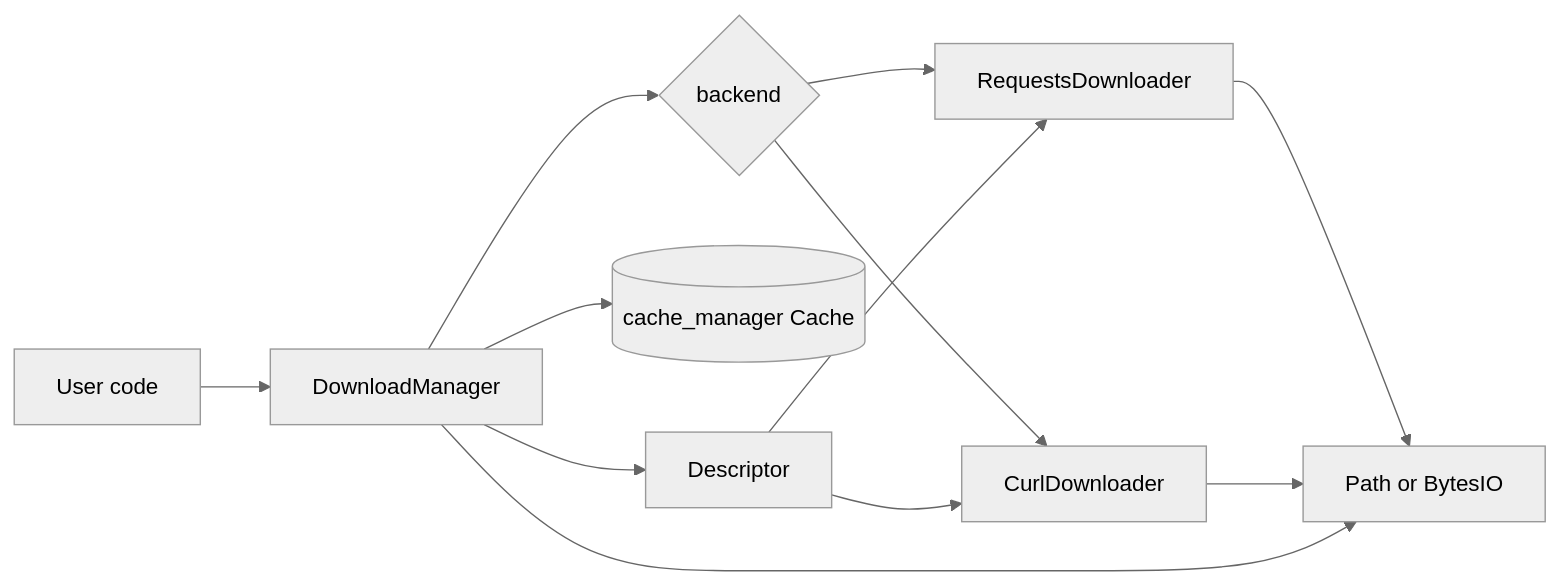
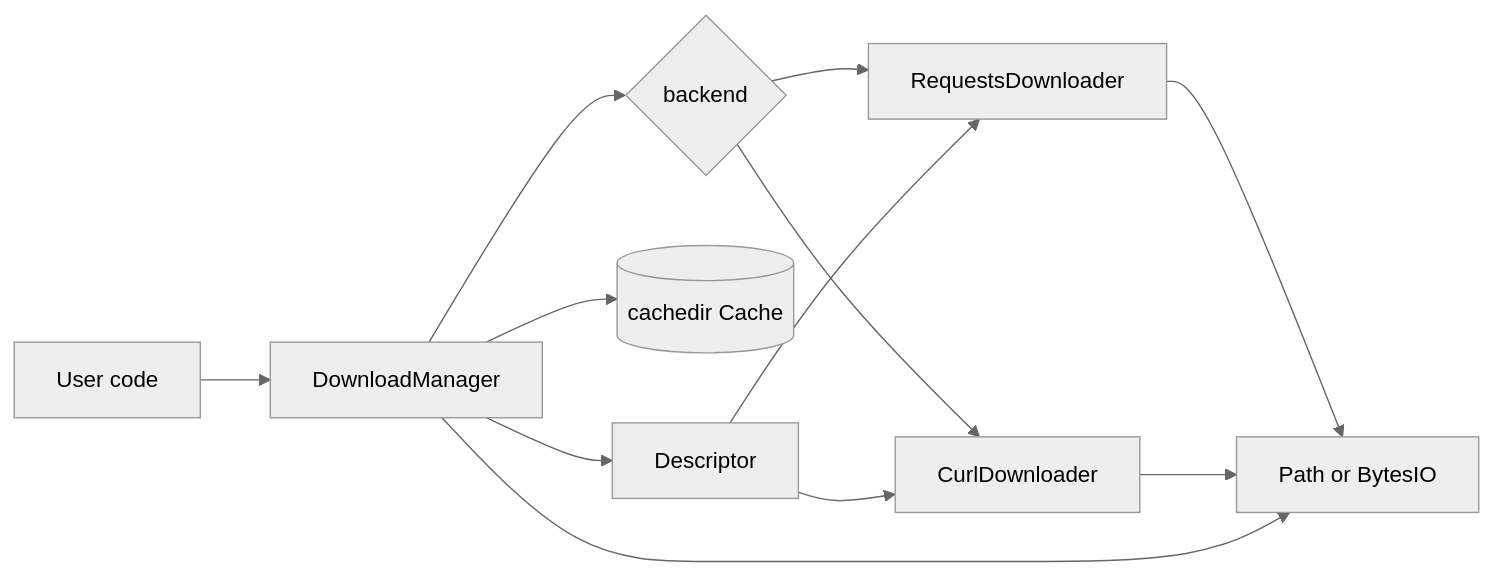
Before and after one commit to saezlab/download-manager: the first of 2 diagrams in README.md, drawn with Mermaid (neutral theme). The commit also changed other lines of this file and 30 other files, not shown here.

````diff
--- a/README.md
+++ b/README.md
@@ -71,14 +71,14 @@
 ```mermaid
 flowchart LR
     U[User code] --> M[DownloadManager]
     M --> D[Descriptor]
-    M --> C[(cache_manager Cache)]
+    M --> C[(cachedir Cache)]
     M --> B{backend}
     B --> R[RequestsDownloader]
     B --> P[CurlDownloader]
     D --> R
     D --> P
     R --> OUT[Path or BytesIO]
     P --> OUT
     M --> OUT
 ```
````
